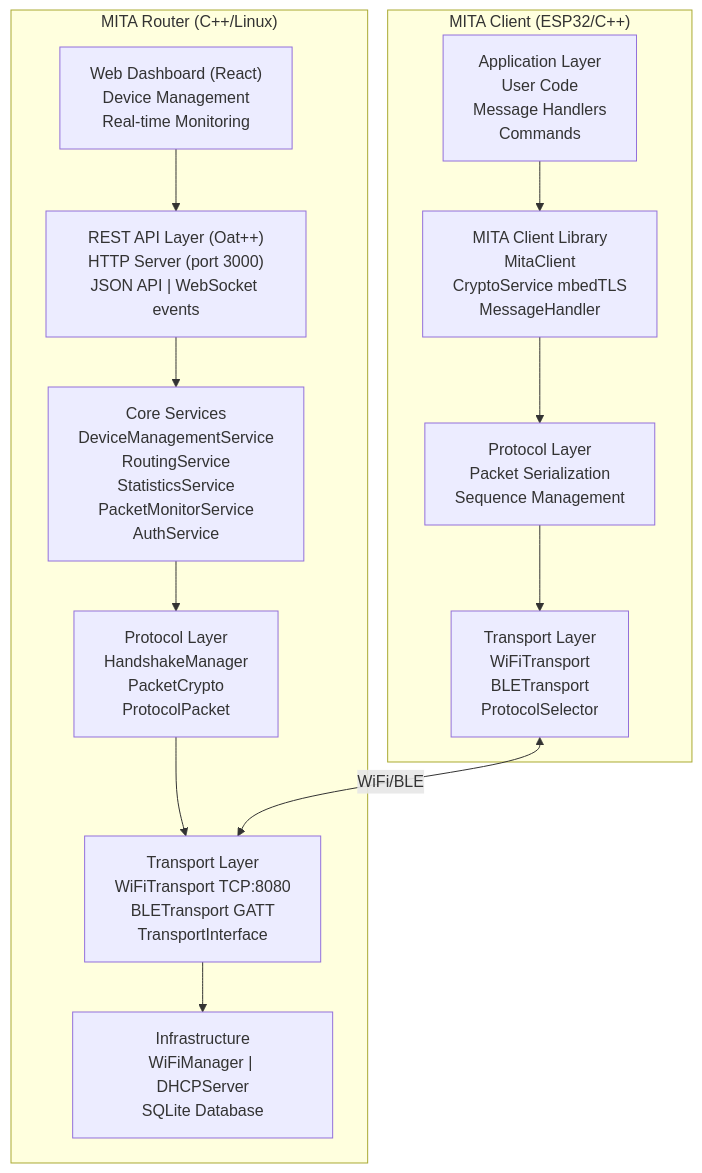
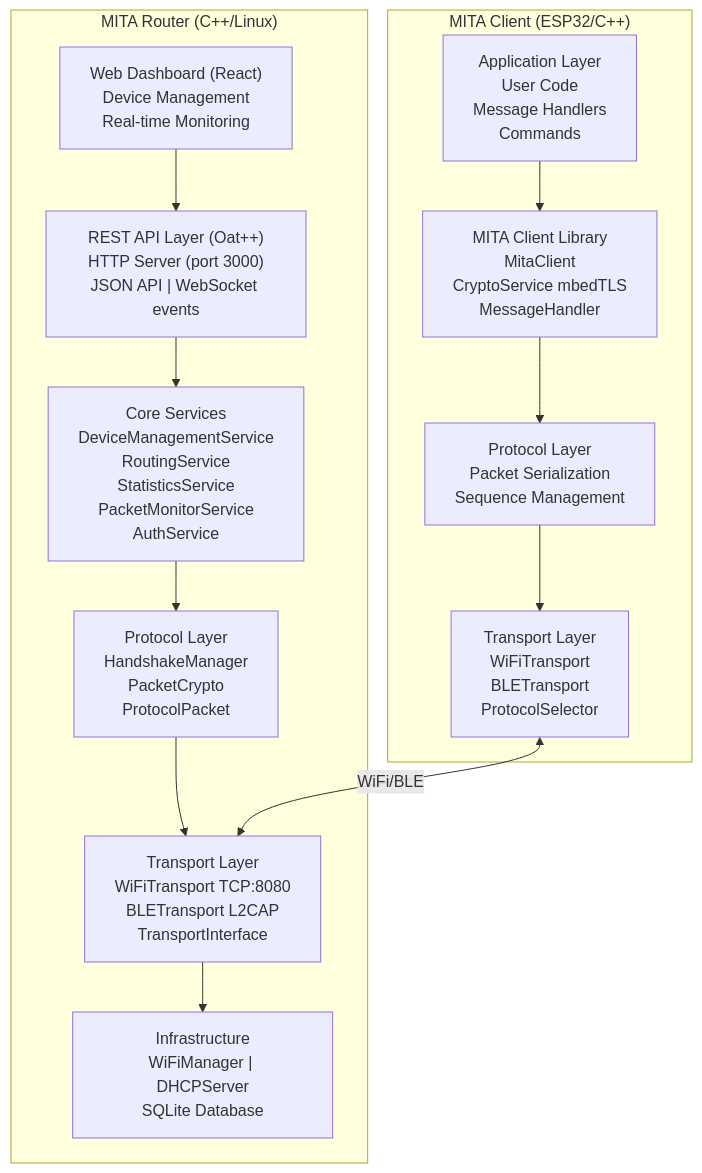
Before and after one commit to zenithdreamer/Mita: diagram 23 of 23 in README.md, drawn with Mermaid. The commit also changed other lines of this file, not shown here.

````diff
--- a/README.md
+++ b/README.md
@@ -2264,38 +2320,38 @@
 ```mermaid
 graph TD
     subgraph "MITA Router (C++/Linux)"
         REST["REST API Layer (Oat++)<br/>HTTP Server (port 3000)<br/>JSON API | WebSocket events"]
         
         WEB["Web Dashboard (React)<br/>Device Management<br/>Real-time Monitoring"]
         
         CORE["Core Services<br/>DeviceManagementService<br/>RoutingService<br/>StatisticsService<br/>PacketMonitorService<br/>AuthService"]
         
         PROTO["Protocol Layer<br/>HandshakeManager<br/>PacketCrypto<br/>ProtocolPacket"]
         
-        TRANS_R["Transport Layer<br/>WiFiTransport TCP:8080<br/>BLETransport GATT<br/>TransportInterface"]
+        TRANS_R["Transport Layer<br/>WiFiTransport TCP:8080<br/>BLETransport L2CAP<br/>TransportInterface"]
         
         INFRA["Infrastructure<br/>WiFiManager | DHCPServer<br/>SQLite Database"]
         
         WEB --> REST
         REST --> CORE
         CORE --> PROTO
         PROTO --> TRANS_R
         TRANS_R --> INFRA
     end
     
     subgraph "MITA Client (ESP32/C++)"
         APP["Application Layer<br/>User Code<br/>Message Handlers<br/>Commands"]
         
         CLIENT["MITA Client Library<br/>MitaClient<br/>CryptoService mbedTLS<br/>MessageHandler"]
         
         PROTO_C["Protocol Layer<br/>Packet Serialization<br/>Sequence Management"]
         
         TRANS_C["Transport Layer<br/>WiFiTransport<br/>BLETransport<br/>ProtocolSelector"]
         
         APP --> CLIENT
         CLIENT --> PROTO_C
         PROTO_C --> TRANS_C
     end
     
     TRANS_C <-->|"WiFi/BLE"| TRANS_R
 ```
````
